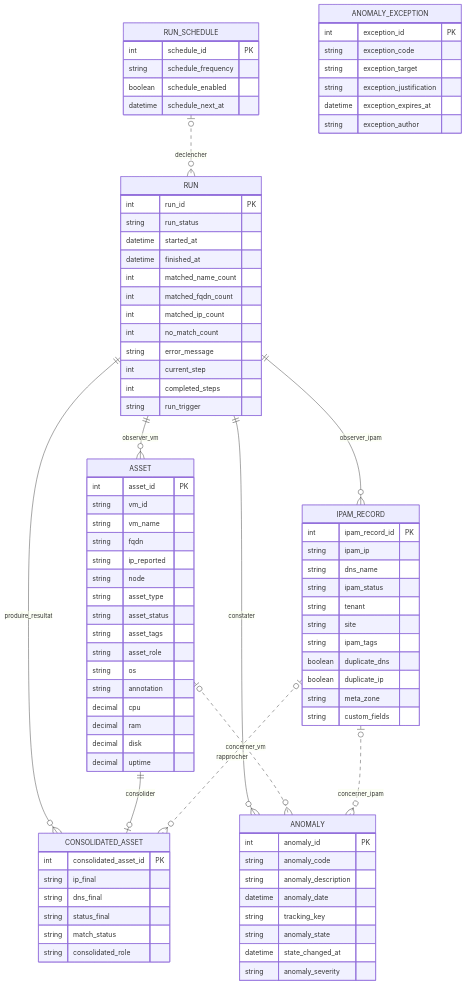
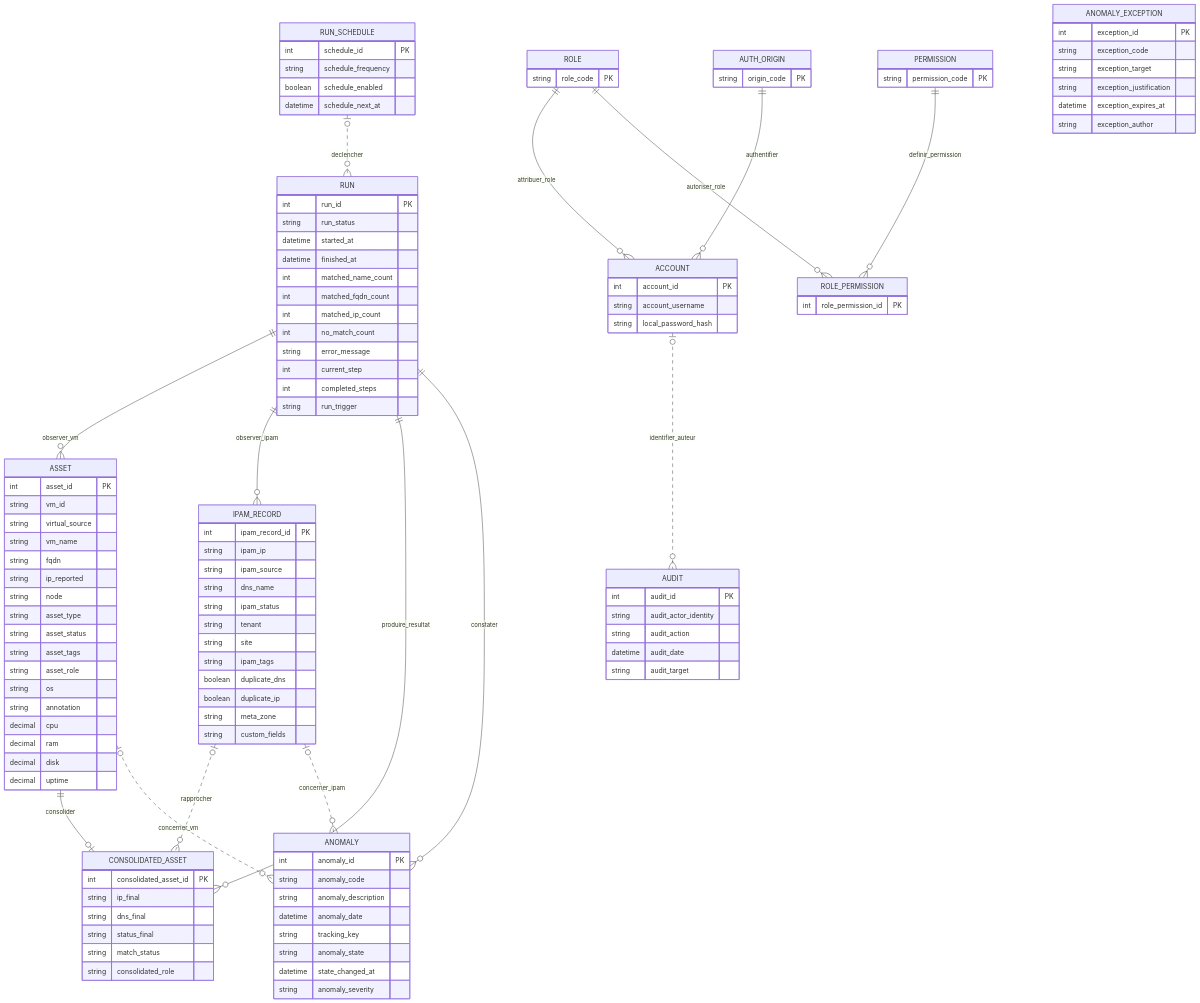
Before and after one commit to Fr0gzilla/CloudInventory: the diagram in docs/modele/mcd.md, drawn with Mermaid. The commit also changed other lines of this file and 9 other files, not shown here.

````diff
--- a/docs/modele/mcd.md
+++ b/docs/modele/mcd.md
@@ -11,6 +11,11 @@
     ASSET |o..o{ ANOMALY : concerner_vm
     IPAM_RECORD |o..o{ ANOMALY : concerner_ipam
     RUN_SCHEDULE |o..o{ RUN : declencher
+    ROLE ||--o{ ACCOUNT : attribuer_role
+    AUTH_ORIGIN ||--o{ ACCOUNT : authentifier
+    ROLE ||--o{ ROLE_PERMISSION : autoriser_role
+    PERMISSION ||--o{ ROLE_PERMISSION : definir_permission
+    ACCOUNT |o..o{ AUDIT : identifier_auteur
     RUN {
         int run_id PK
         string run_status
@@ -28,6 +33,7 @@
     ASSET {
         int asset_id PK
         string vm_id
+        string virtual_source
         string vm_name
         string fqdn
         string ip_reported
@@ -46,6 +52,7 @@
     IPAM_RECORD {
         int ipam_record_id PK
         string ipam_ip
+        string ipam_source
         string dns_name
         string ipam_status
         string tenant
@@ -88,4 +95,28 @@
         boolean schedule_enabled
         datetime schedule_next_at
     }
+    AUTH_ORIGIN {
+        string origin_code PK
+    }
+    ROLE {
+        string role_code PK
+    }
+    ACCOUNT {
+        int account_id PK
+        string account_username
+        string local_password_hash
+    }
+    PERMISSION {
+        string permission_code PK
+    }
+    ROLE_PERMISSION {
+        int role_permission_id PK
+    }
+    AUDIT {
+        int audit_id PK
+        string audit_actor_identity
+        string audit_action
+        datetime audit_date
+        string audit_target
+    }
 ```
````
